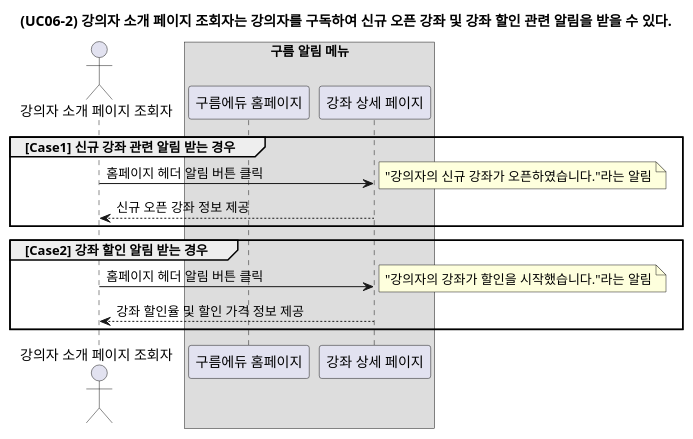
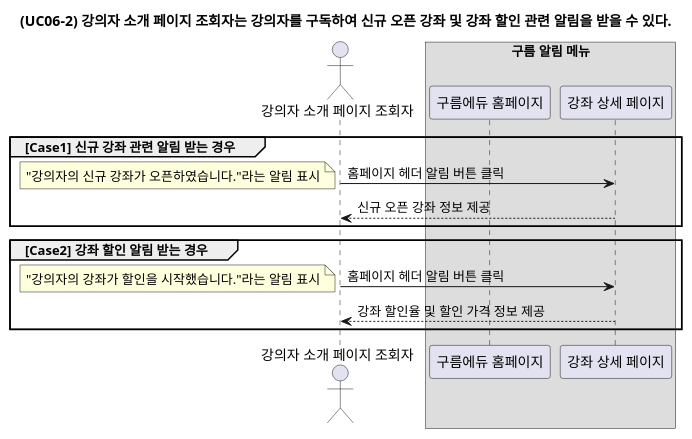
Before and after one commit to YoonsooOh/tech-study: the diagram in 강의자소개페이지2차개발/UC06-2.puml, drawn with PlantUML. The commit also changed 2 other files, not shown here.

```diff
--- a/강의자소개페이지2차개발/UC06-2.puml
+++ b/강의자소개페이지2차개발/UC06-2.puml
@@ -1,26 +1,26 @@
 @startuml
 
 title (UC06-2) 강의자 소개 페이지 조회자는 강의자를 구독하여 신규 오픈 강좌 및 강좌 할인 관련 알림을 받을 수 있다.
 actor "강의자 소개 페이지 조회자"
 
 box "구름 알림 메뉴"
 participant "구름에듀 홈페이지"
 participant "강좌 상세 페이지"
 
 group [Case1] 신규 강좌 관련 알림 받는 경우
 "강의자 소개 페이지 조회자" -> "강좌 상세 페이지" : 홈페이지 헤더 알림 버튼 클릭
-note right
-"강의자의 신규 강좌가 오픈하였습니다."라는 알림
+note left
+"강의자의 신규 강좌가 오픈하였습니다."라는 알림 표시
 end note
 "강좌 상세 페이지" --> "강의자 소개 페이지 조회자" : 신규 오픈 강좌 정보 제공
 end
 
 group [Case2] 강좌 할인 알림 받는 경우
 "강의자 소개 페이지 조회자" -> "강좌 상세 페이지" : 홈페이지 헤더 알림 버튼 클릭
-note right
-"강의자의 강좌가 할인을 시작했습니다."라는 알림
+note left
+"강의자의 강좌가 할인을 시작했습니다."라는 알림 표시
 end note
 "강좌 상세 페이지" --> "강의자 소개 페이지 조회자" : 강좌 할인율 및 할인 가격 정보 제공
 end
 
 @enduml
```
